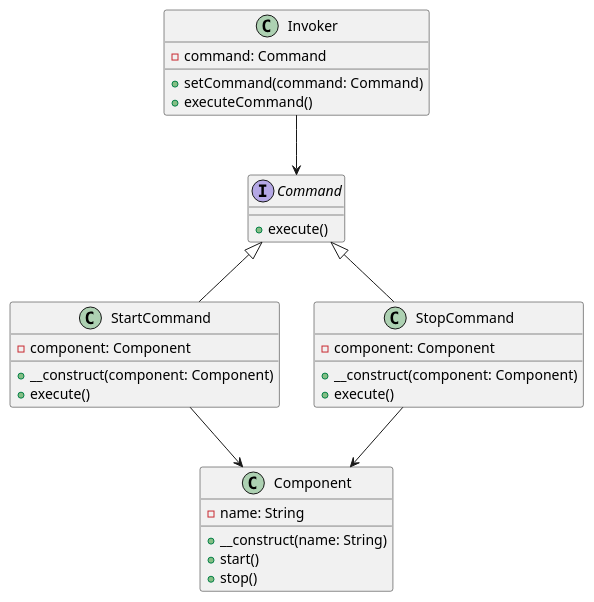
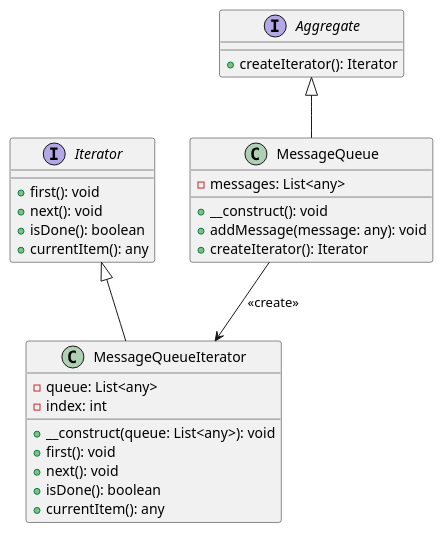
Before and after one commit to andrewovchinnikov/design-patterns: the diagram in klassifikaciya-patternov/povedencheskie-patterny-behavioral-patterns/iterator-iterator/primery/obkhod-elementov-v-ocheredi-soobshenii/php.md, drawn with PlantUML. The commit also changed other lines of this file and 87 other files, not shown here.

````diff
--- a/klassifikaciya-patternov/povedencheskie-patterny-behavioral-patterns/iterator-iterator/primery/obkhod-elementov-v-ocheredi-soobshenii/php.md
+++ b/klassifikaciya-patternov/povedencheskie-patterny-behavioral-patterns/iterator-iterator/primery/obkhod-elementov-v-ocheredi-soobshenii/php.md
@@ -127,38 +117,37 @@
 ```plantuml
 @startuml
-interface Command {
-    +execute()
+
+interface Iterator {
+    +first(): void
+    +next(): void
+    +isDone(): boolean
+    +currentItem(): any
 }
 
-class StartCommand {
-    -component: Component
-    +__construct(component: Component)
-    +execute()
+class MessageQueueIterator {
+    -queue: List<any>
+    -index: int
+    +__construct(queue: List<any>): void
+    +first(): void
+    +next(): void
+    +isDone(): boolean
+    +currentItem(): any
 }
 
-class StopCommand {
-    -component: Component
-    +__construct(component: Component)
-    +execute()
+interface Aggregate {
+    +createIterator(): Iterator
 }
 
-class Component {
-    -name: String
-    +__construct(name: String)
-    +start()
-    +stop()
+class MessageQueue {
+    -messages: List<any>
+    +__construct(): void
+    +addMessage(message: any): void
+    +createIterator(): Iterator
 }
 
-class Invoker {
-    -command: Command
-    +setCommand(command: Command)
-    +executeCommand()
-}
+Iterator <|-- MessageQueueIterator
+Aggregate <|-- MessageQueue
+MessageQueue --> MessageQueueIterator: <<create>>
 
-Command <|-- StartCommand
-Command <|-- StopCommand
-StartCommand --> Component
-StopCommand --> Component
-Invoker --> Command
 @enduml
 ```
````
